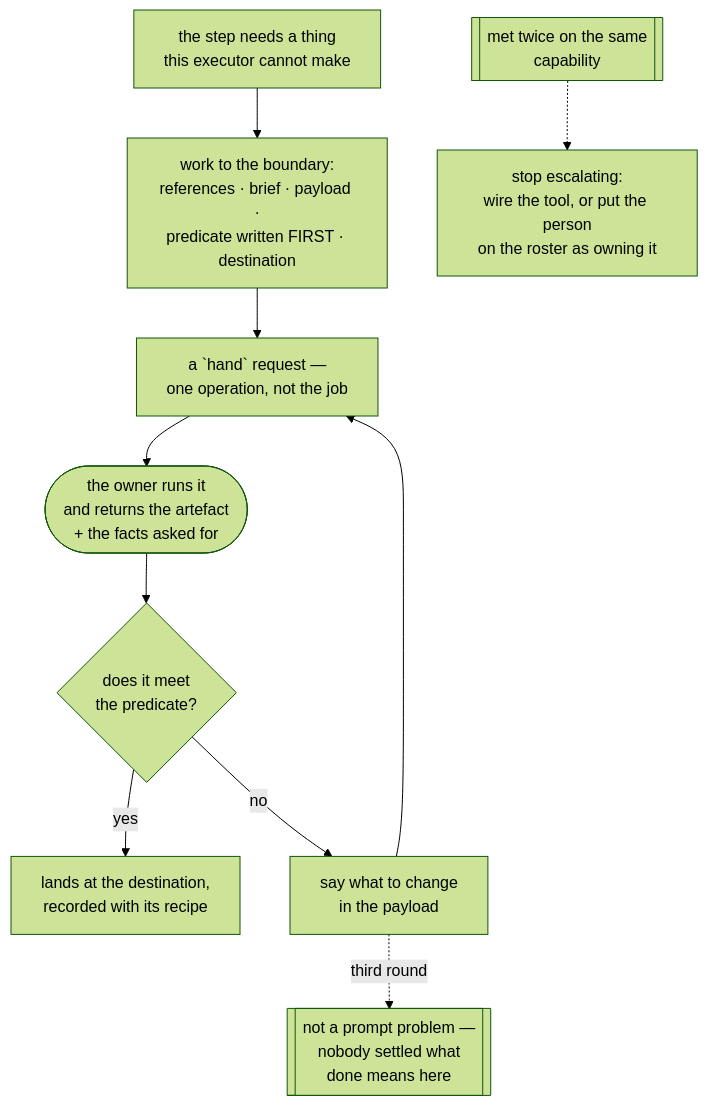
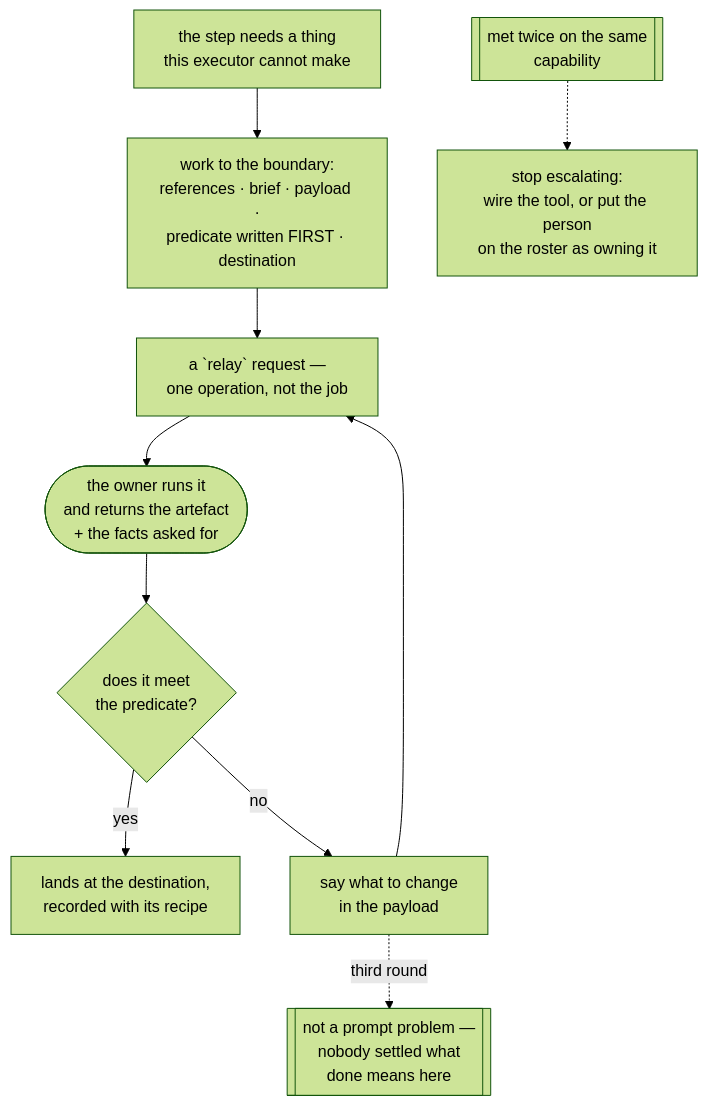
Before and after one commit to jamillazarev/opsinist: the second of 2 diagrams in escalating.md, drawn with Mermaid (forest theme). The commit also changed other lines of this file and 21 other files, not shown here.

First line of the commit message:
0.2.6 re-cut: the two gates start holding, the freshness checker stops being blind, and `hand` yields to `relay`

````diff
--- a/escalating.md
+++ b/escalating.md
@@ -141,11 +141,11 @@
 ```mermaid
 flowchart TD
   S[the step needs a thing<br/>this executor cannot make] --> W[work to the boundary:<br/>references · brief · payload ·<br/>predicate written FIRST · destination]
-  W --> H[a `hand` request —<br/>one operation, not the job]
+  W --> H[a `relay` request —<br/>one operation, not the job]
   H --> O([the owner runs it<br/>and returns the artefact<br/>+ the facts asked for])
   O --> C{does it meet<br/>the predicate?}
   C -- yes --> D[lands at the destination,<br/>recorded with its recipe]
   C -- no --> P[say what to change<br/>in the payload] --> H
   P -. third round .-> SPEC[[not a prompt problem —<br/>nobody settled what<br/>done means here]]
   T[[met twice on the same<br/>capability]] -.-> ARR[stop escalating:<br/>wire the tool, or put the person<br/>on the roster as owning it]
 ```
````
